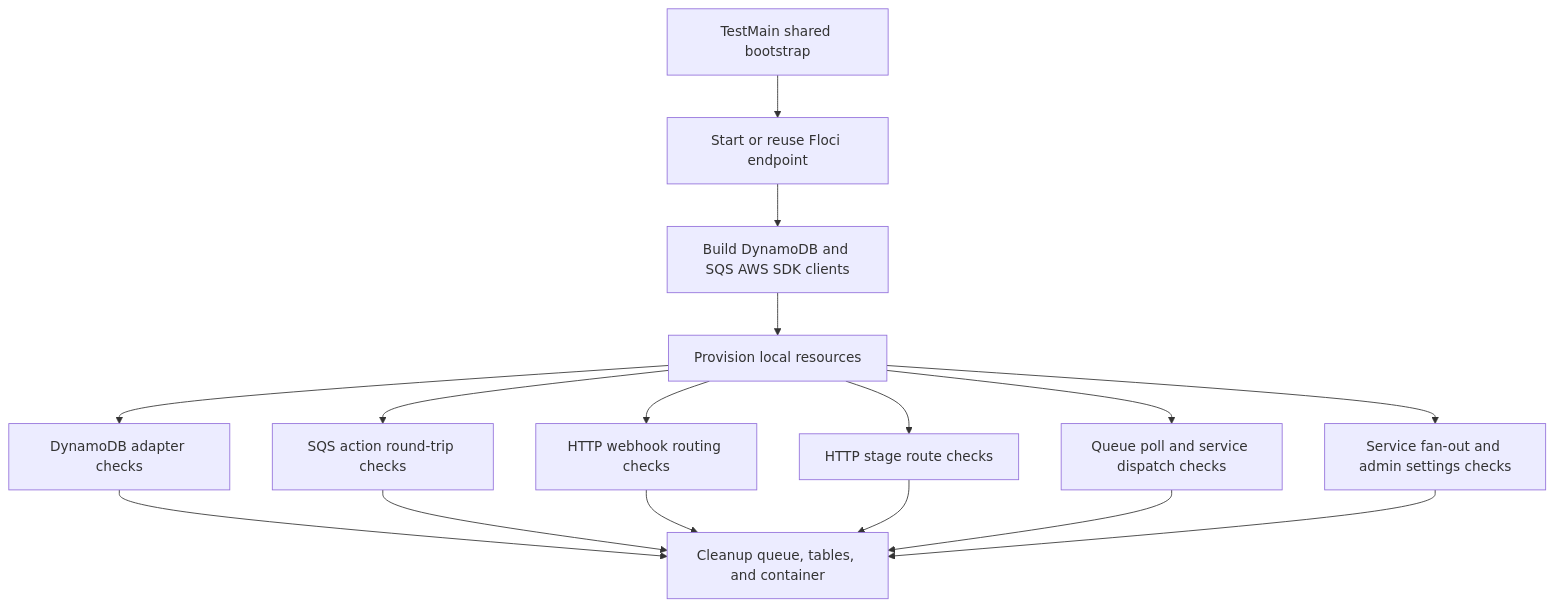
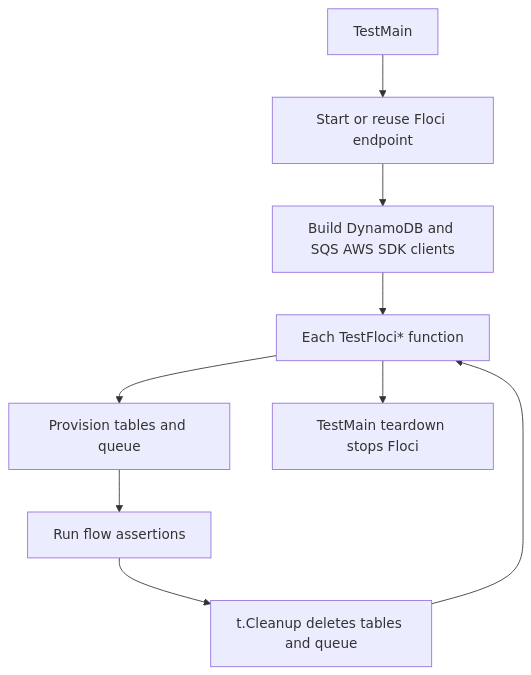
Before and after one commit to siutsin/telegram-jung2-bot: the diagram in internal/integration/README.md, drawn with Mermaid. The commit also changed other lines of this file and 3 other files, not shown here.

First line of the commit message:
Isolate integration tests with per-test AWS resources

````diff
--- a/internal/integration/README.md
+++ b/internal/integration/README.md
@@ -59,18 +68,11 @@
 ```mermaid
 flowchart TD
-    test[TestMain shared bootstrap] --> floci[Start or reuse Floci endpoint]
+    main[TestMain] --> floci[Start or reuse Floci endpoint]
     floci --> clients[Build DynamoDB and SQS AWS SDK clients]
-    clients --> provision[Provision local resources]
-    provision --> dynamo[DynamoDB adapter checks]
-    provision --> sqs[SQS action round-trip checks]
-    provision --> webhook[HTTP webhook routing checks]
-    provision --> stage[HTTP stage route checks]
-    provision --> worker[Queue poll and service dispatch checks]
-    provision --> service[Service fan-out and admin settings checks]
-    dynamo --> cleanup[Cleanup queue, tables, and container]
-    sqs --> cleanup
-    webhook --> cleanup
-    stage --> cleanup
-    worker --> cleanup
-    service --> cleanup
+    clients --> tests[Each TestFloci* function]
+    tests --> provision[Provision tables and queue]
+    provision --> flow[Run flow assertions]
+    flow --> testCleanup[t.Cleanup deletes tables and queue]
+    testCleanup --> tests
+    tests --> mainCleanup[TestMain teardown stops Floci]
 ```
````
